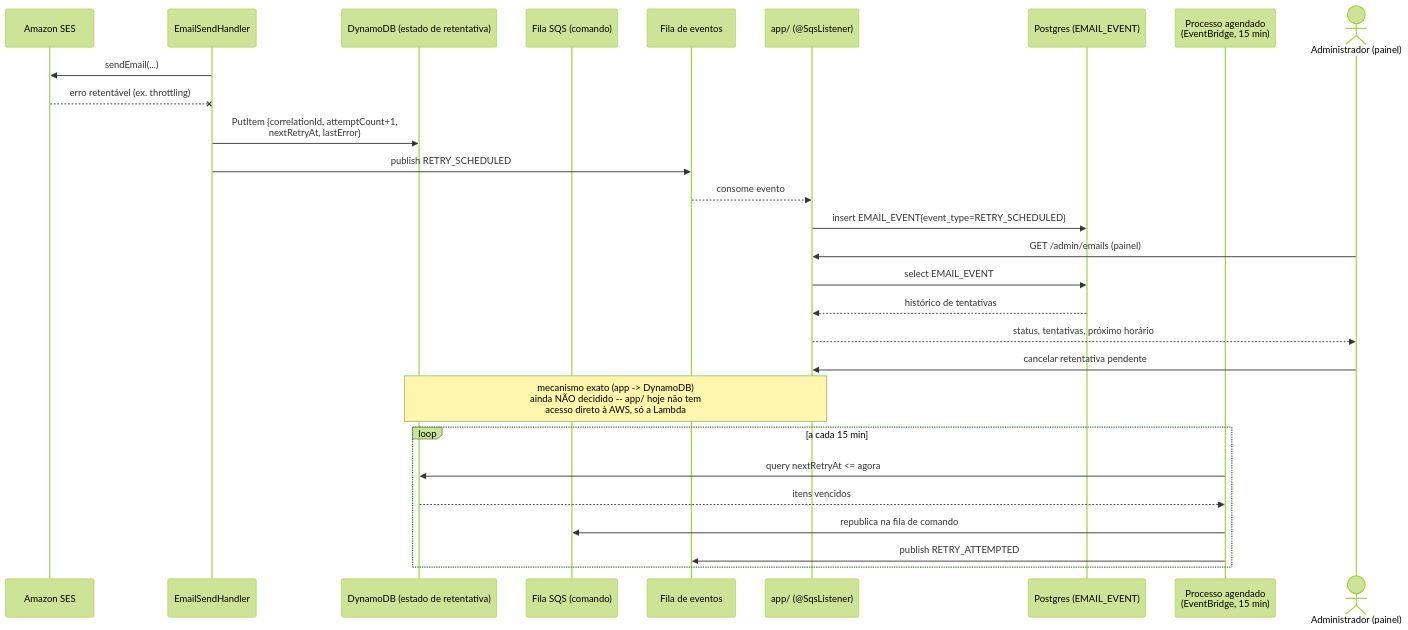
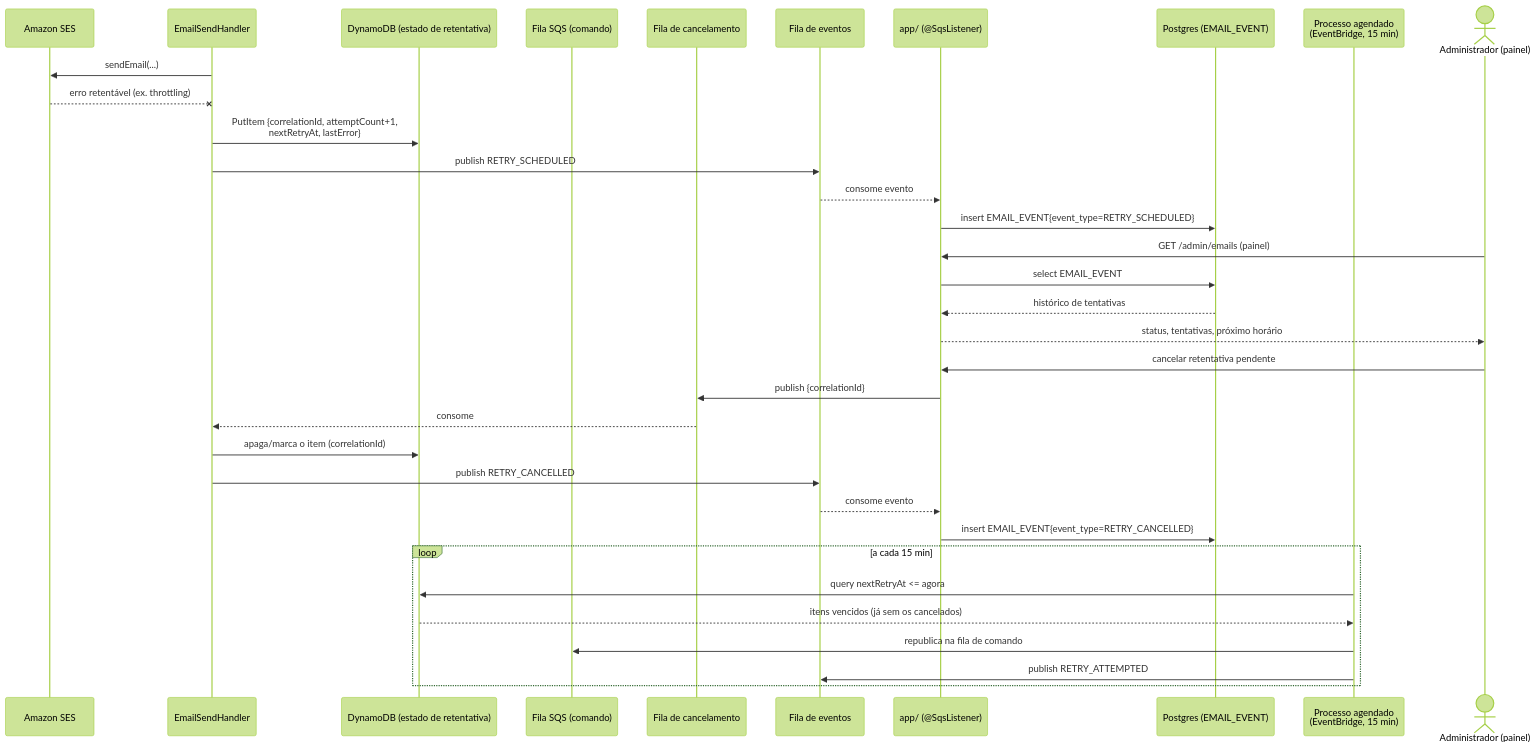
One commit to lalgarve/jogo-acoes changed the sixth of 6 diagrams in docs/diagrams/sequencia.md. Above: the diagram before and after it, drawn with Mermaid (forest theme). The commit also changed other lines of this file and 1 other file, not shown here.

Commit message:
docs: resolve retry-cancellation gap with a new queue (app/ -> Lambda)
Closes the open question flagged when writing sequencia.md's retry
diagram: how a cancel request from the app/ panel reaches the Lambda-side
DynamoDB retry item, given app/ was never going to get direct DynamoDB/AWS
access beyond publishing to queues (decisão 6's least-privilege IAM).

Resolved: a new queue, one-directional (app/ -> Lambda) only. app/
publishes {correlationId} when the admin cancels a pending retry;
EmailSendHandler consumes it, deletes/marks the DynamoDB item, and
publishes RETRY_CANCELLED on the existing events queue -- closing the
loop through the same Lambda -> app/ -> EMAIL_EVENT path already decided.
app/ ends up with two outbound queues (command, cancellation) and one
inbound (events); DynamoDB/SES stay Lambda-only.

Design only, not implemented -- docs/iteracao-4.md (decisão 4) and the
diagram 6 sequence in docs/diagrams/sequencia.md updated to match.

Claude-Session: https://claude.ai/code/session_01Jfohmg53bz2stvDVxJjkys

````diff
--- a/docs/diagrams/sequencia.md
+++ b/docs/diagrams/sequencia.md
@@ -213,34 +212,40 @@
 ```mermaid
 sequenceDiagram
     participant SES as Amazon SES
     participant Lambda as EmailSendHandler
     participant DDB as DynamoDB (estado de retentativa)
     participant SQS as Fila SQS (comando)
+    participant Cnl as Fila de cancelamento
     participant Evt as Fila de eventos
     participant App as app/ (@SqsListener)
     participant PG as Postgres (EMAIL_EVENT)
     participant Poller as Processo agendado<br/>(EventBridge, 15 min)
     actor Adm as Administrador (painel)
 
     Lambda->>SES: sendEmail(...)
     SES--xLambda: erro retentável (ex. throttling)
     Lambda->>DDB: PutItem {correlationId, attemptCount+1,<br/>nextRetryAt, lastError}
     Lambda->>Evt: publish RETRY_SCHEDULED
     Evt-->>App: consome evento
     App->>PG: insert EMAIL_EVENT{event_type=RETRY_SCHEDULED}
 
     Adm->>App: GET /admin/emails (painel)
     App->>PG: select EMAIL_EVENT
     PG-->>App: histórico de tentativas
     App-->>Adm: status, tentativas, próximo horário
 
     Adm->>App: cancelar retentativa pendente
-    Note over App,DDB: mecanismo exato (app -> DynamoDB)<br/>ainda NÃO decidido -- app/ hoje não tem<br/>acesso direto à AWS, só a Lambda
+    App->>Cnl: publish {correlationId}
+    Cnl-->>Lambda: consome
+    Lambda->>DDB: apaga/marca o item (correlationId)
+    Lambda->>Evt: publish RETRY_CANCELLED
+    Evt-->>App: consome evento
+    App->>PG: insert EMAIL_EVENT{event_type=RETRY_CANCELLED}
 
     loop a cada 15 min
         Poller->>DDB: query nextRetryAt <= agora
-        DDB-->>Poller: itens vencidos
+        DDB-->>Poller: itens vencidos (já sem os cancelados)
         Poller->>SQS: republica na fila de comando
         Poller->>Evt: publish RETRY_ATTEMPTED
     end
 ```
````
